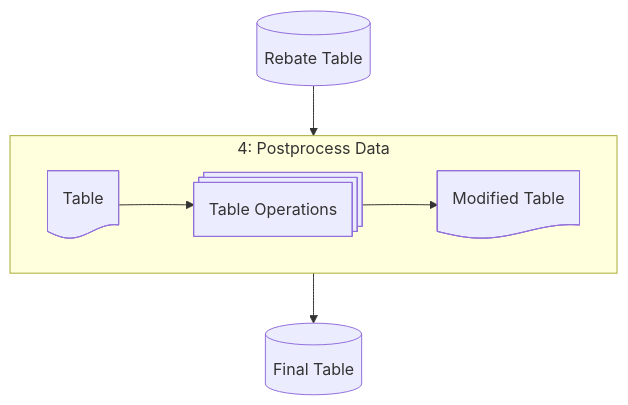
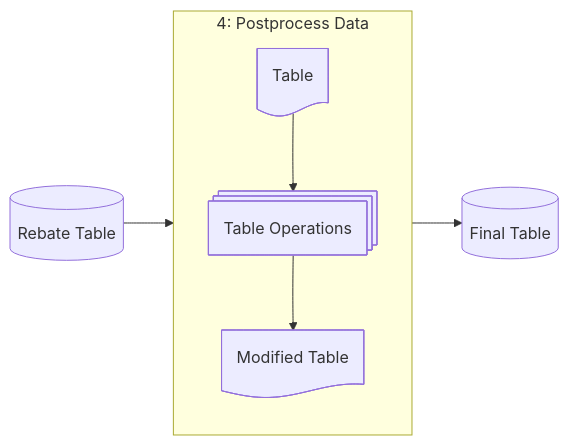
Before and after one commit to mvhutz/rebater: the seventh of 8 diagrams in docs/transformer.md, drawn with Mermaid. The commit also changed other lines of this file and 5 other files, not shown here.

````diff
--- a/docs/transformer.md
+++ b/docs/transformer.md
@@ -228,18 +290,18 @@
 ```mermaid
-graph
+graph LR
   RT[(Rebate Table)]
 
   RT --> 4
 
   subgraph 4[4: Postprocess Data]
     IT4@{ shape: doc, label: "Table" }
     OT4@{ shape: processes, label: "Table Operations" }
     FT4@{ shape: doc, label: "Modified Table" }
 
     IT4 --> OT4 --> FT4
   end
 
   4 --> FT
 
   FT[(Final Table)]
 ```
````
